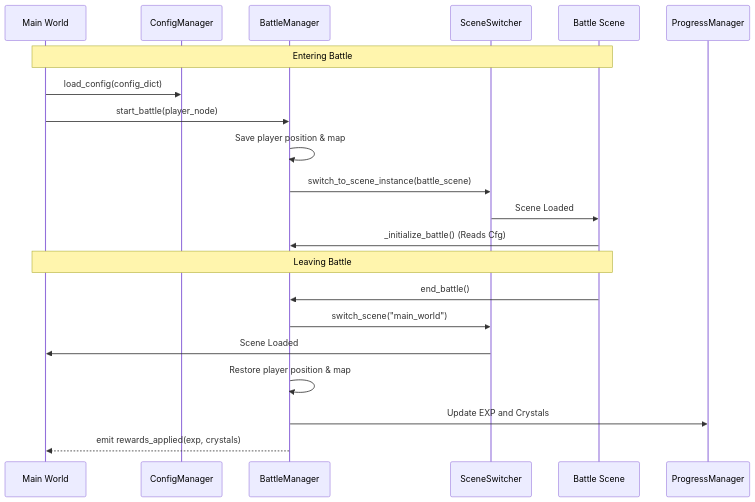
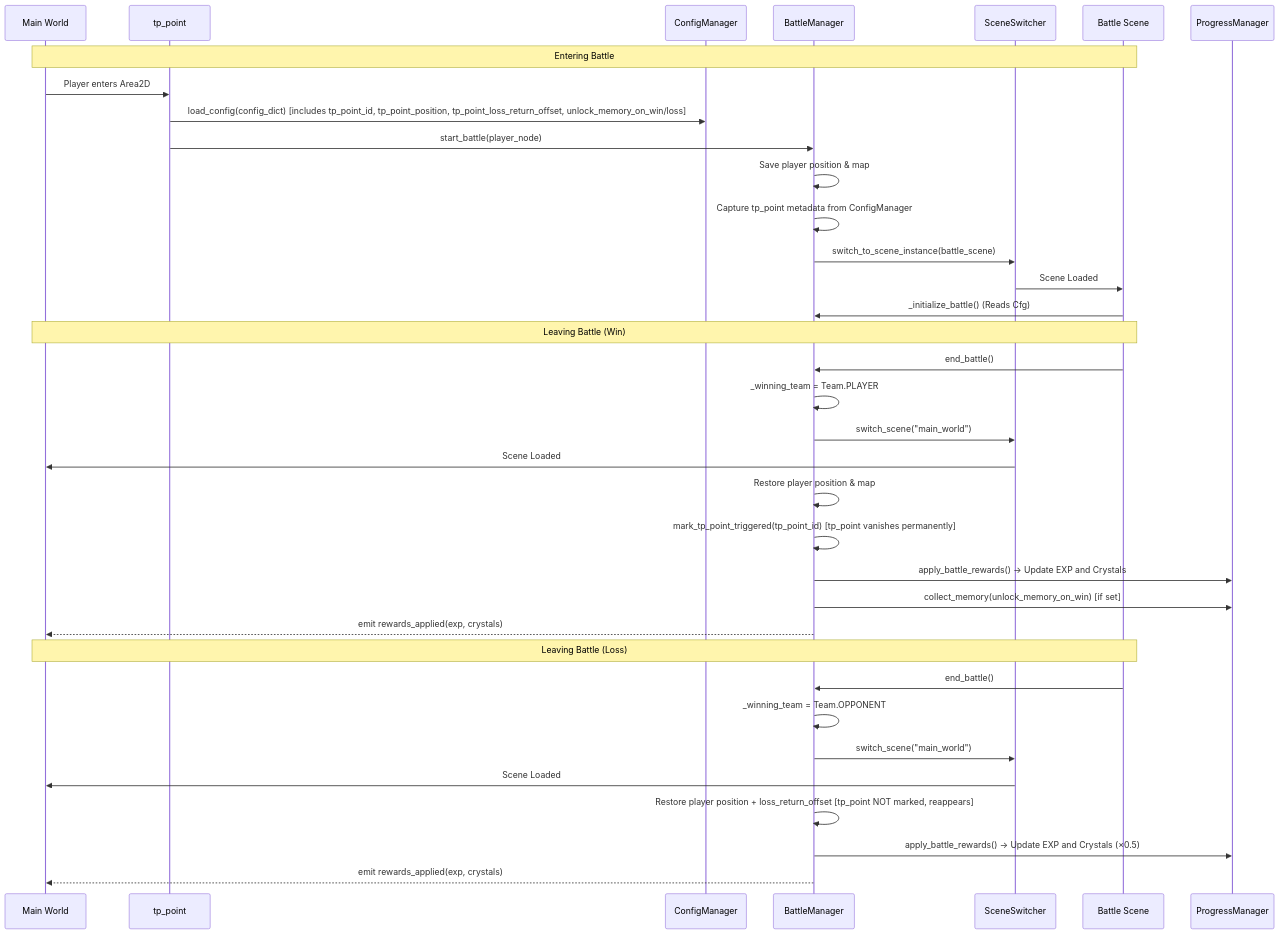
One commit to iamkuo/project_terminus changed the third of 6 diagrams in docs/ARCHITECTURE.md. Above: the diagram before and after it, drawn with Mermaid. The commit also changed other lines of this file and 20 other files, not shown here.

Commit message:
feat: implement scene switcher, battle manager, and world architecture with transition support

````diff
--- a/docs/ARCHITECTURE.md
+++ b/docs/ARCHITECTURE.md
@@ -82,25 +82,40 @@
 ```mermaid
 sequenceDiagram
     participant World as Main World
+    participant TP as tp_point
     participant Cfg as ConfigManager
     participant BM as BattleManager
     participant SS as SceneSwitcher
     participant Battle as Battle Scene
     participant PM as ProgressManager
     
     Note over World, Battle: Entering Battle
-    World->>Cfg: load_config(config_dict)
-    World->>BM: start_battle(player_node)
+    World->>TP: Player enters Area2D
+    TP->>Cfg: load_config(config_dict) [includes tp_point_id, tp_point_position, tp_point_loss_return_offset, unlock_memory_on_win/loss]
+    TP->>BM: start_battle(player_node)
     BM->>BM: Save player position & map
+    BM->>BM: Capture tp_point metadata from ConfigManager
     BM->>SS: switch_to_scene_instance(battle_scene)
     SS->>Battle: Scene Loaded
     Battle->>BM: _initialize_battle() (Reads Cfg)
     
-    Note over World, Battle: Leaving Battle
+    Note over World, Battle: Leaving Battle (Win)
     Battle->>BM: end_battle()
+    BM->>BM: _winning_team = Team.PLAYER
     BM->>SS: switch_scene("main_world")
     SS->>World: Scene Loaded
     BM->>BM: Restore player position & map
-    BM->>PM: Update EXP and Crystals
+    BM->>BM: mark_tp_point_triggered(tp_point_id) [tp_point vanishes permanently]
+    BM->>PM: apply_battle_rewards() → Update EXP and Crystals
+    BM->>PM: collect_memory(unlock_memory_on_win) [if set]
+    BM-->>World: emit rewards_applied(exp, crystals)
+
+    Note over World, Battle: Leaving Battle (Loss)
+    Battle->>BM: end_battle()
+    BM->>BM: _winning_team = Team.OPPONENT
+    BM->>SS: switch_scene("main_world")
+    SS->>World: Scene Loaded
+    BM->>BM: Restore player position + loss_return_offset [tp_point NOT marked, reappears]
+    BM->>PM: apply_battle_rewards() → Update EXP and Crystals (×0.5)
     BM-->>World: emit rewards_applied(exp, crystals)
 ```
````
